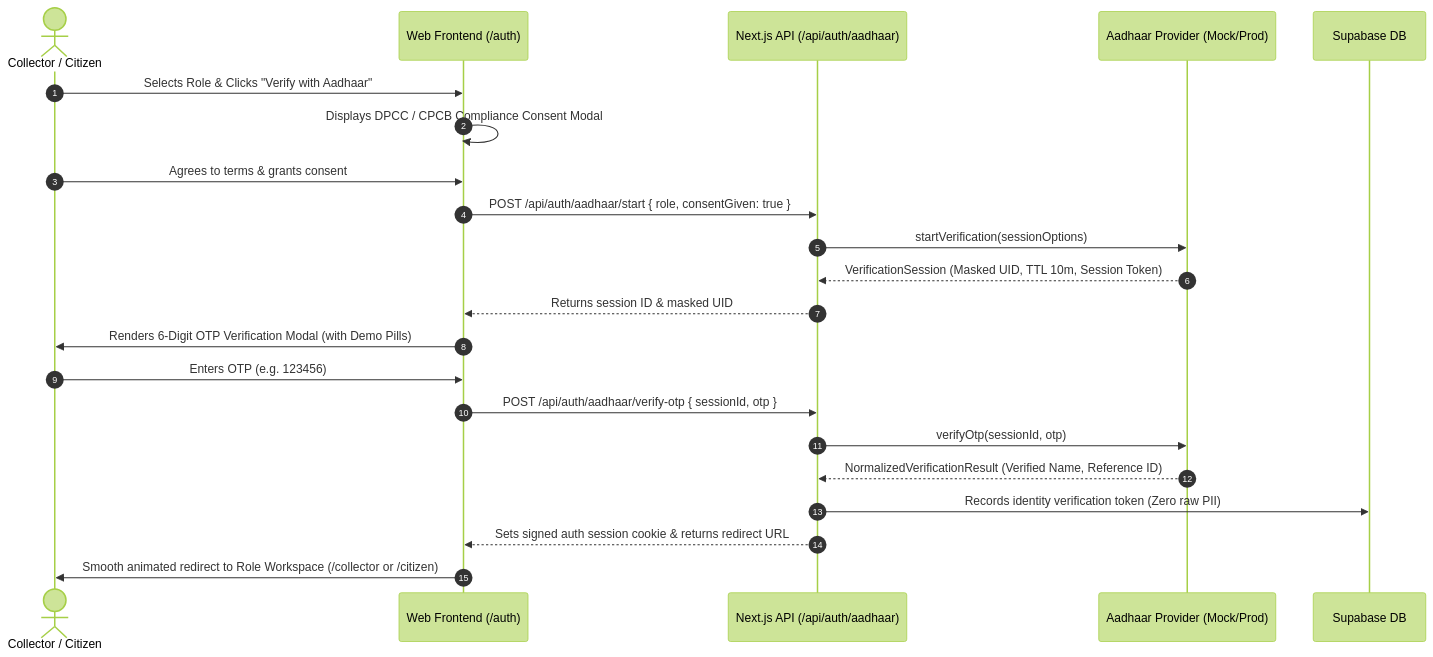
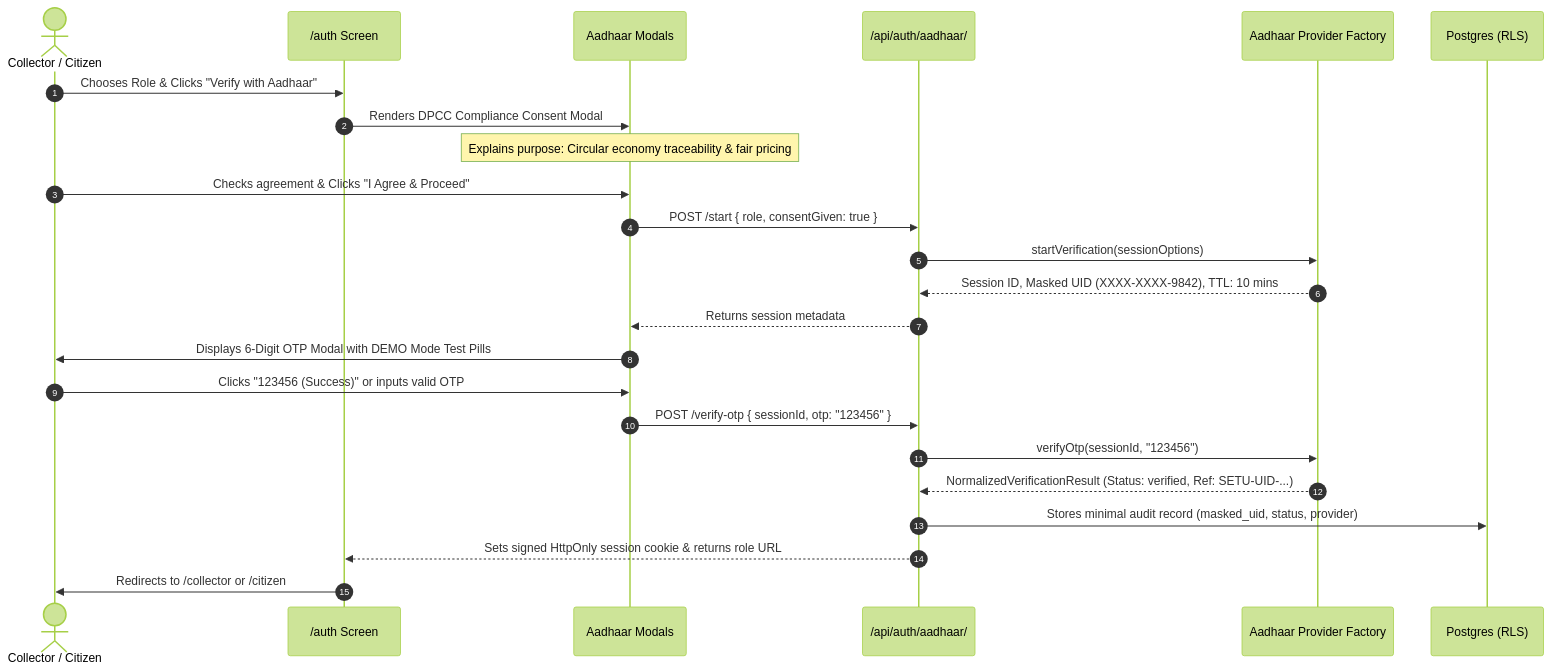
The third of 3 diagrams in main/web/README.md (Yash3211/smart-scrap-v2), drawn with Mermaid (forest theme) before and after one commit. The commit also changed other lines of this file and 1 other file, not shown here.

Commit message:
docs: recreate master README from scratch with complete architecture, Aadhaar flow, and 18-language system

````diff
--- a/main/web/README.md
+++ b/main/web/README.md
@@ -94,25 +141,27 @@
 ```mermaid
 sequenceDiagram
     autonumber
     actor User as Collector / Citizen
-    participant Client as Web Frontend (/auth)
-    participant API as Next.js API (/api/auth/aadhaar)
-    participant Provider as Aadhaar Provider (Mock/Prod)
-    participant DB as Supabase DB
+    participant Client as /auth Screen
+    participant Modal as Aadhaar Modals
+    participant API as /api/auth/aadhaar/
+    participant Provider as Aadhaar Provider Factory
+    participant DB as Postgres (RLS)
 
-    User->>Client: Selects Role & Clicks "Verify with Aadhaar"
-    Client->>Client: Displays DPCC / CPCB Compliance Consent Modal
-    User->>Client: Agrees to terms & grants consent
-    Client->>API: POST /api/auth/aadhaar/start { role, consentGiven: true }
+    User->>Client: Chooses Role & Clicks "Verify with Aadhaar"
+    Client->>Modal: Renders DPCC Compliance Consent Modal
+    Note over Modal: Explains purpose: Circular economy traceability & fair pricing
+    User->>Modal: Checks agreement & Clicks "I Agree & Proceed"
+    Modal->>API: POST /start { role, consentGiven: true }
     API->>Provider: startVerification(sessionOptions)
-    Provider-->>API: VerificationSession (Masked UID, TTL 10m, Session Token)
-    API-->>Client: Returns session ID & masked UID
-    Client->>User: Renders 6-Digit OTP Verification Modal (with Demo Pills)
-    User->>Client: Enters OTP (e.g. 123456)
-    Client->>API: POST /api/auth/aadhaar/verify-otp { sessionId, otp }
-    API->>Provider: verifyOtp(sessionId, otp)
-    Provider-->>API: NormalizedVerificationResult (Verified Name, Reference ID)
-    API->>DB: Records identity verification token (Zero raw PII)
-    API-->>Client: Sets signed auth session cookie & returns redirect URL
-    Client->>User: Smooth animated redirect to Role Workspace (/collector or /citizen)
+    Provider-->>API: Session ID, Masked UID (XXXX-XXXX-9842), TTL: 10 mins
+    API-->>Modal: Returns session metadata
+    Modal->>User: Displays 6-Digit OTP Modal with DEMO Mode Test Pills
+    User->>Modal: Clicks "123456 (Success)" or inputs valid OTP
+    Modal->>API: POST /verify-otp { sessionId, otp: "123456" }
+    API->>Provider: verifyOtp(sessionId, "123456")
+    Provider-->>API: NormalizedVerificationResult (Status: verified, Ref: SETU-UID-...)
+    API->>DB: Stores minimal audit record (masked_uid, status, provider)
+    API-->>Client: Sets signed HttpOnly session cookie & returns role URL
+    Client->>User: Redirects to /collector or /citizen
 ```
````
